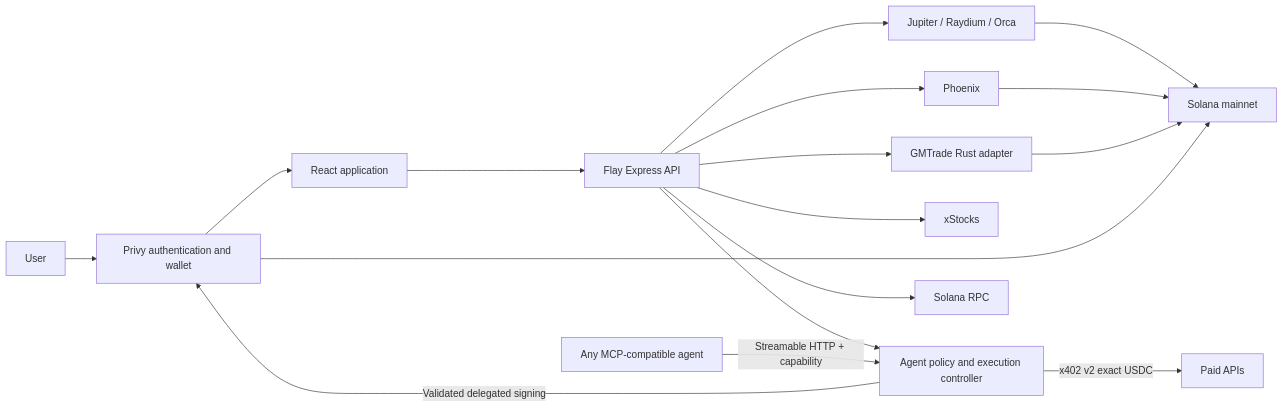
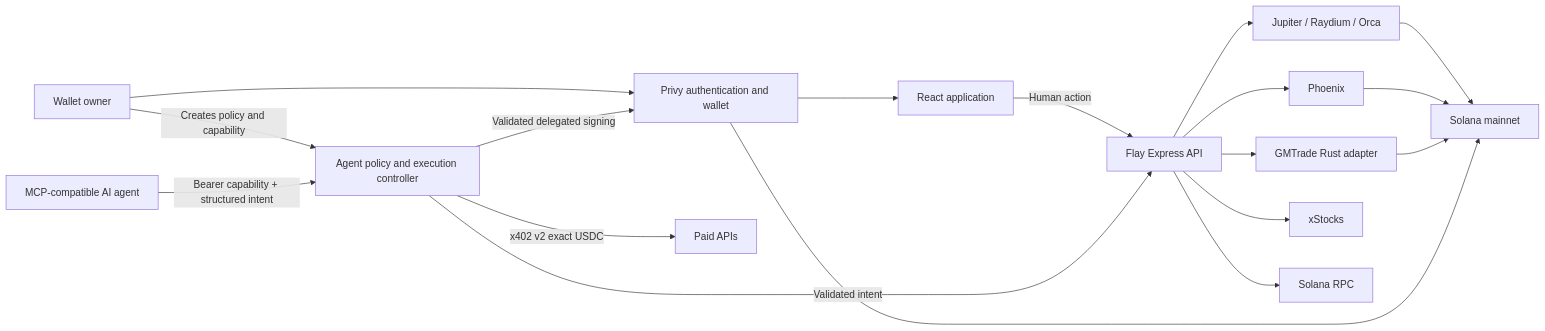
One commit to tutulign/flay changed the diagram in README.md. Above: the diagram before and after it, drawn with Mermaid. The commit also changed other lines of this file, not shown here.

Commit message:
docs: present Flay for humans and AI agents

````diff
--- a/README.md
+++ b/README.md
@@ -28,19 +43,20 @@
 ```mermaid
 flowchart LR
-    U[User] --> P[Privy authentication and wallet]
+    U[Wallet owner] --> P[Privy authentication and wallet]
+    U -->|Creates policy and capability| AI[Agent policy and execution controller]
     P --> W[React application]
-    W --> A[Flay Express API]
+    W -->|Human action| A[Flay Express API]
+    M[MCP-compatible AI agent] -->|Bearer capability + structured intent| AI
+    AI -->|Validated intent| A
     A --> C[Jupiter / Raydium / Orca]
     A --> F[Phoenix]
     A --> G[GMTrade Rust adapter]
     A --> X[xStocks]
-    A --> AI[Agent policy and execution controller]
-    M[Any MCP-compatible agent] -->|Streamable HTTP + capability| AI
     AI -->|x402 v2 exact USDC| Q[Paid APIs]
     A --> R[Solana RPC]
     C --> S[Solana mainnet]
     F --> S
     G --> S
     P --> S
     AI -->|Validated delegated signing| P
 ```
````
